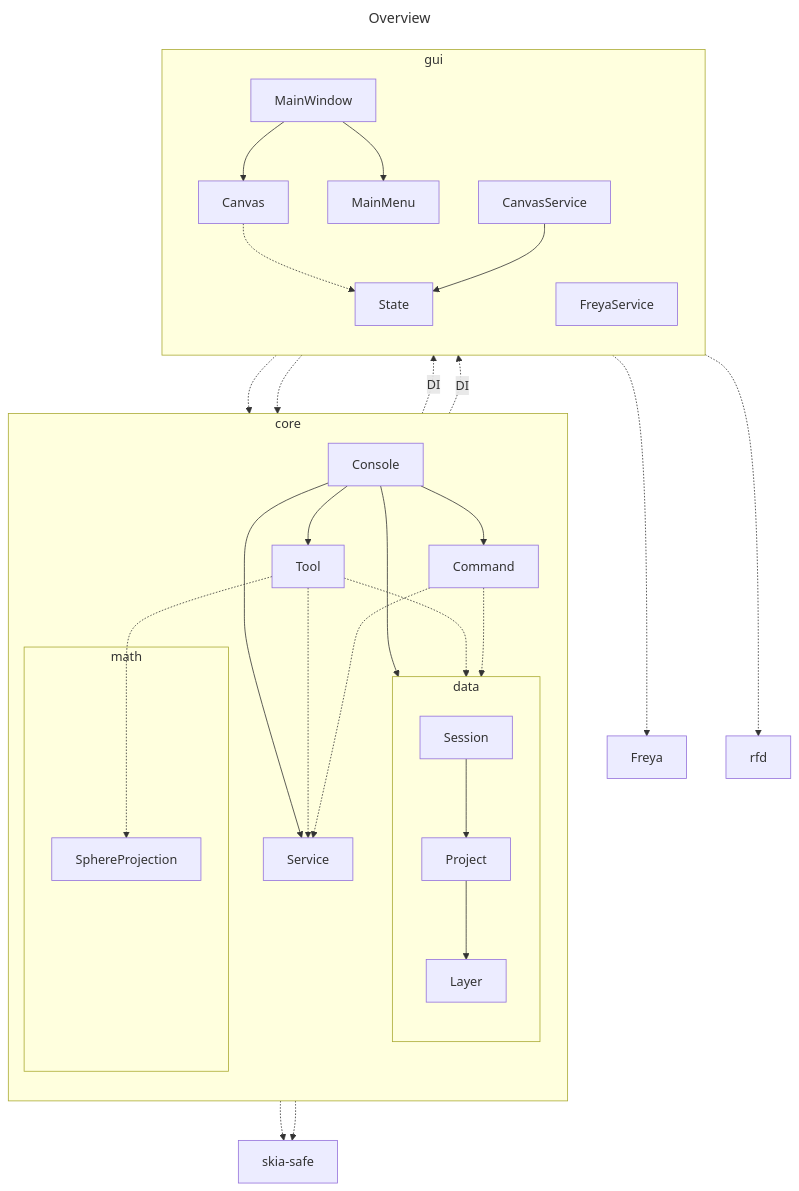
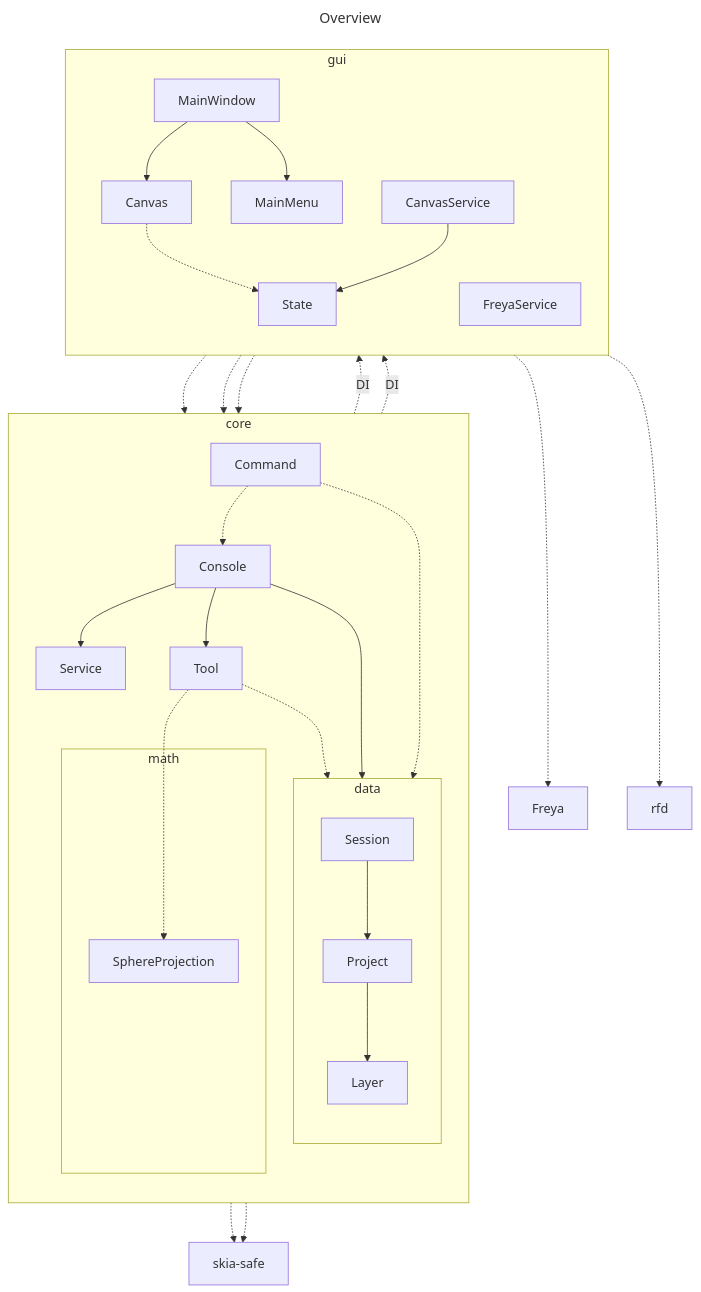
One commit to nak5655/pixrium changed the diagram in doc/overview.md. Above: the diagram before and after it, drawn with Mermaid. The commit also changed 11 other files, not shown here.

Commit message:
change Command interface. make session that has Project directly.

````diff
--- a/doc/overview.md
+++ b/doc/overview.md
@@ -1,40 +1,40 @@
 ```mermaid
 ---
 title: Overview
 ---
 
 flowchart TB
     subgraph core
         direction TB
 
         subgraph data
             direction TB
             Session --> Project
             Project --> Layer
         end
 
-        Command & Tool -.-> Service & Session
-        Console --> Command & Service & Tool & Session
+        Tool -.-> SphereProjection
+        Command -.-> Console
+        Command & Tool -.-> Session
+        Console --> Service & Tool & Session
 
         subgraph math
             SphereProjection
         end
-
-        Tool -.-> SphereProjection
     end
 
     subgraph gui
         direction TB
         MainWindow --> Canvas & MainMenu
+        Canvas -.-> State
         Canvas -.-> Console
-        MainMenu -.-> Console
-        Canvas -.-> State
+        MainMenu -.-> Console & Command
         CanvasService --> State
         Service -. DI .-> CanvasService & FreyaService
     end
 
     FreyaService -.-> Freya
     FreyaService -.-> rfd
     Command -.-> skia-safe
     Layer -.-> skia-safe
 ```
````
